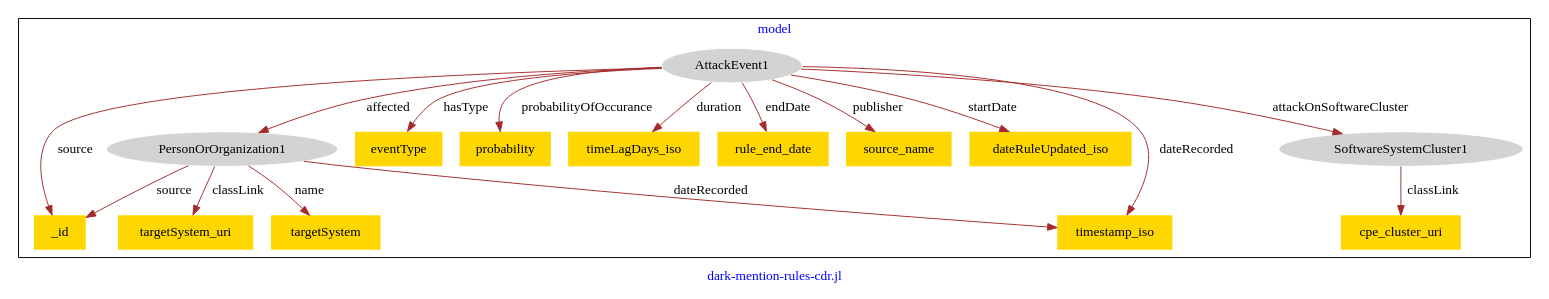
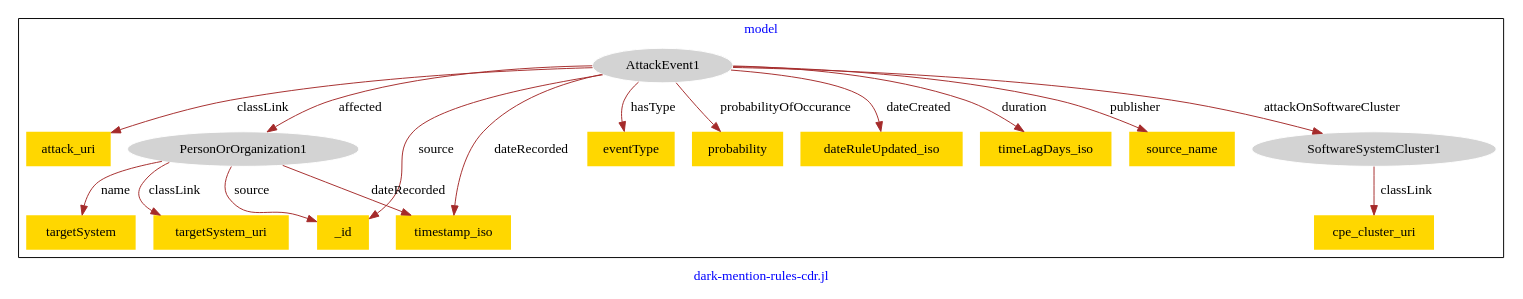
Before and after one commit to usc-isi-i2/effect-alignment: the diagram in models/asu-dark-mention-rules/asu-dark-mention-rules-model.dot, drawn with Graphviz.

Commit message:
Update file asu-dark-mention-rules-model.dot

```diff
--- a/models/asu-dark-mention-rules/asu-dark-mention-rules-model.dot
+++ b/models/asu-dark-mention-rules/asu-dark-mention-rules-model.dot
@@ -1,37 +1,37 @@
 digraph n0 {
 fontcolor="blue"
 remincross="true"
 label="dark-mention-rules-cdr.jl"
 subgraph cluster {
 label="model"
 n2[style="filled",color="white",fillcolor="lightgray",label="AttackEvent1"];
-n3[style="filled",color="white",fillcolor="lightgray",label="PersonOrOrganization1"];
-n4[style="filled",color="white",fillcolor="lightgray",label="SoftwareSystemCluster1"];
-n5[shape="plaintext",style="filled",fillcolor="gold",label="eventType"];
-n6[shape="plaintext",style="filled",fillcolor="gold",label="probability"];
-n7[shape="plaintext",style="filled",fillcolor="gold",label="timeLagDays_iso"];
-n8[shape="plaintext",style="filled",fillcolor="gold",label="rule_end_date"];
-n9[shape="plaintext",style="filled",fillcolor="gold",label="source_name"];
-n10[shape="plaintext",style="filled",fillcolor="gold",label="dateRuleUpdated_iso"];
-n11[shape="plaintext",style="filled",fillcolor="gold",label="targetSystem_uri"];
-n12[shape="plaintext",style="filled",fillcolor="gold",label="targetSystem"];
-n13[shape="plaintext",style="filled",fillcolor="gold",label="cpe_cluster_uri"];
-n14[shape="plaintext",style="filled",fillcolor="gold",label="timestamp_iso"];
-n15[shape="plaintext",style="filled",fillcolor="gold",label="_id"];
+n3[shape="plaintext",style="filled",fillcolor="gold",label="attack_uri"];
+n4[style="filled",color="white",fillcolor="lightgray",label="PersonOrOrganization1"];
+n5[style="filled",color="white",fillcolor="lightgray",label="SoftwareSystemCluster1"];
+n6[shape="plaintext",style="filled",fillcolor="gold",label="timestamp_iso"];
+n7[shape="plaintext",style="filled",fillcolor="gold",label="eventType"];
+n8[shape="plaintext",style="filled",fillcolor="gold",label="probability"];
+n9[shape="plaintext",style="filled",fillcolor="gold",label="dateRuleUpdated_iso"];
+n10[shape="plaintext",style="filled",fillcolor="gold",label="timeLagDays_iso"];
+n11[shape="plaintext",style="filled",fillcolor="gold",label="source_name"];
+n12[shape="plaintext",style="filled",fillcolor="gold",label="_id"];
+n13[shape="plaintext",style="filled",fillcolor="gold",label="targetSystem_uri"];
+n14[shape="plaintext",style="filled",fillcolor="gold",label="targetSystem"];
+n15[shape="plaintext",style="filled",fillcolor="gold",label="cpe_cluster_uri"];
 }
-n2 -> n3[color="brown",fontcolor="black",label="affected"]
-n2 -> n4[color="brown",fontcolor="black",label="attackOnSoftwareCluster"]
-n2 -> n5[color="brown",fontcolor="black",label="hasType"]
-n2 -> n6[color="brown",fontcolor="black",label="probabilityOfOccurance"]
-n2 -> n7[color="brown",fontcolor="black",label="duration"]
-n2 -> n8[color="brown",fontcolor="black",label="endDate"]
-n2 -> n9[color="brown",fontcolor="black",label="publisher"]
-n2 -> n10[color="brown",fontcolor="black",label="startDate"]
-n3 -> n11[color="brown",fontcolor="black",label="classLink"]
-n3 -> n12[color="brown",fontcolor="black",label="name"]
+n2 -> n3[color="brown",fontcolor="black",label="classLink"]
+n2 -> n4[color="brown",fontcolor="black",label="affected"]
+n2 -> n5[color="brown",fontcolor="black",label="attackOnSoftwareCluster"]
+n2 -> n6[color="brown",fontcolor="black",label="dateRecorded"]
+n2 -> n7[color="brown",fontcolor="black",label="hasType"]
+n2 -> n8[color="brown",fontcolor="black",label="probabilityOfOccurance"]
+n2 -> n9[color="brown",fontcolor="black",label="dateCreated"]
+n2 -> n10[color="brown",fontcolor="black",label="duration"]
+n2 -> n11[color="brown",fontcolor="black",label="publisher"]
+n2 -> n12[color="brown",fontcolor="black",label="source"]
 n4 -> n13[color="brown",fontcolor="black",label="classLink"]
-n2 -> n14[color="brown",fontcolor="black",label="dateRecorded"]
-n3 -> n14[color="brown",fontcolor="black",label="dateRecorded"]
-n2 -> n15[color="brown",fontcolor="black",label="source"]
-n3 -> n15[color="brown",fontcolor="black",label="source"]
+n4 -> n14[color="brown",fontcolor="black",label="name"]
+n5 -> n15[color="brown",fontcolor="black",label="classLink"]
+n4 -> n6[color="brown",fontcolor="black",label="dateRecorded"]
+n4 -> n12[color="brown",fontcolor="black",label="source"]
 }
```
